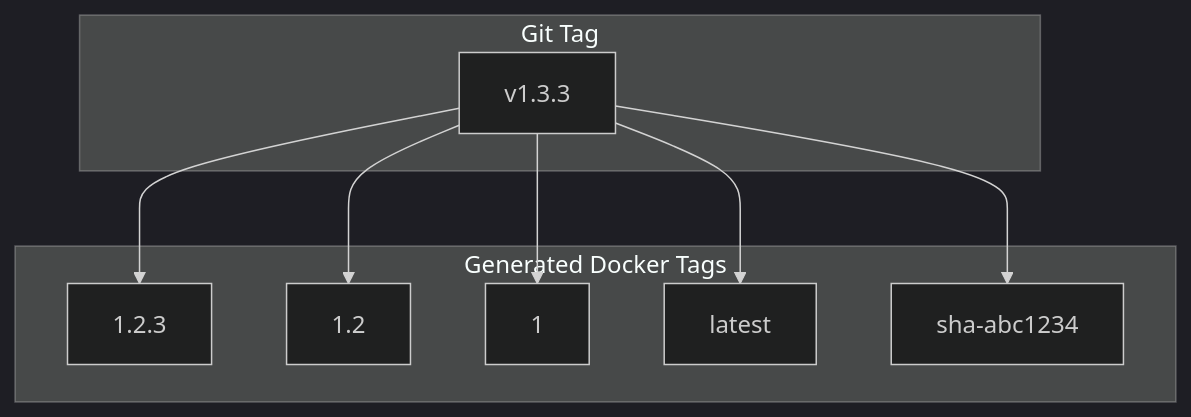
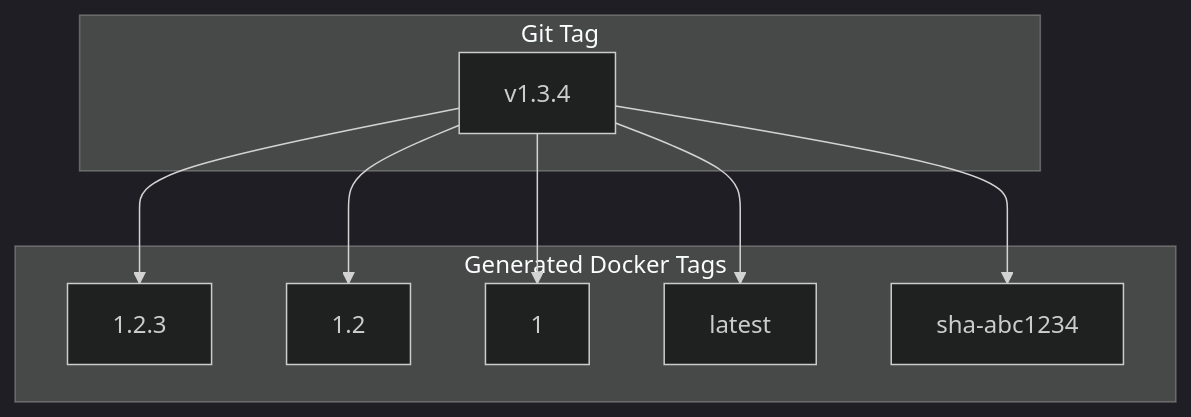
Before and after one commit to telemetryflow/telemetryflow-agent: the third of 3 diagrams in docs/GITHUB-WORKFLOWS.md, drawn with Mermaid (dark theme). The commit also changed other lines of this file and 26 other files, not shown here.

First line of the commit message:
chore(release): bump version to 1.3.4 across code, docs, badges, and Helm chart

````diff
--- a/docs/GITHUB-WORKFLOWS.md
+++ b/docs/GITHUB-WORKFLOWS.md
@@ -305,20 +305,20 @@
 ```mermaid
 flowchart TD
     subgraph "Git Tag"
-        T[v1.3.3]
+        T[v1.3.4]
     end
 
     subgraph "Generated Docker Tags"
         D1[1.2.3]
         D2[1.2]
         D3[1]
         D4[latest]
         D5[sha-abc1234]
     end
 
     T --> D1
     T --> D2
     T --> D3
     T --> D4
     T --> D5
 ```
````
